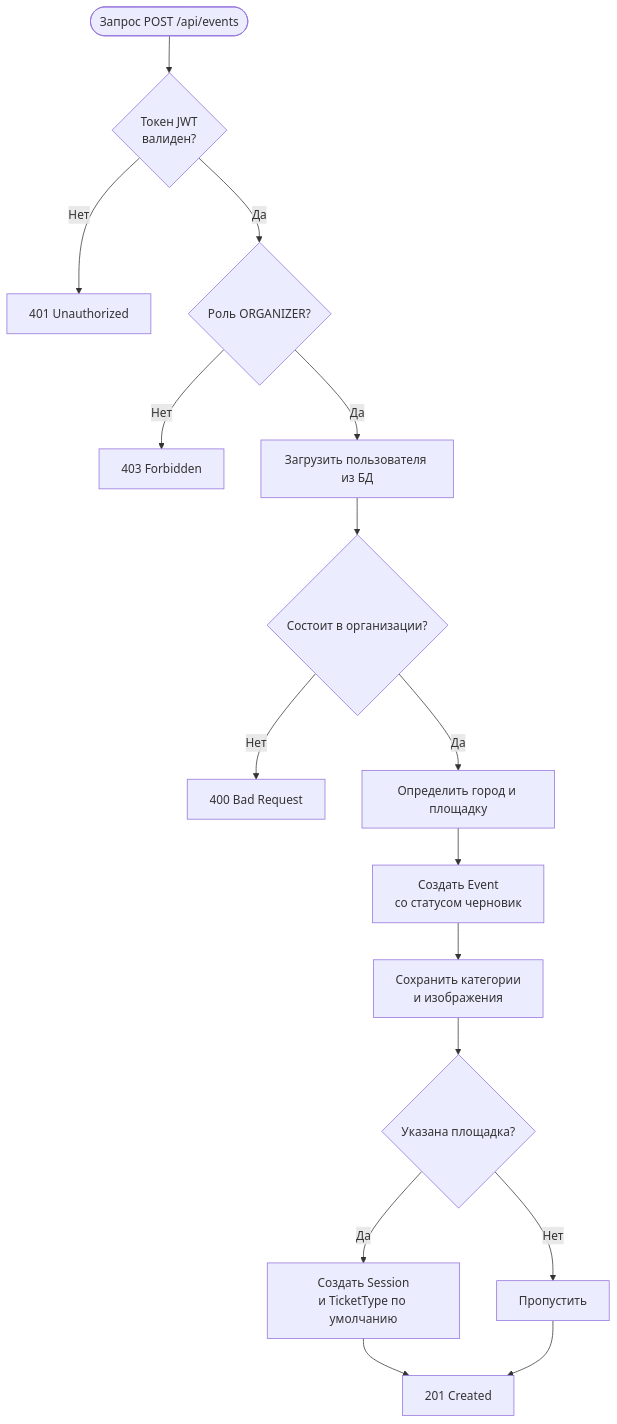
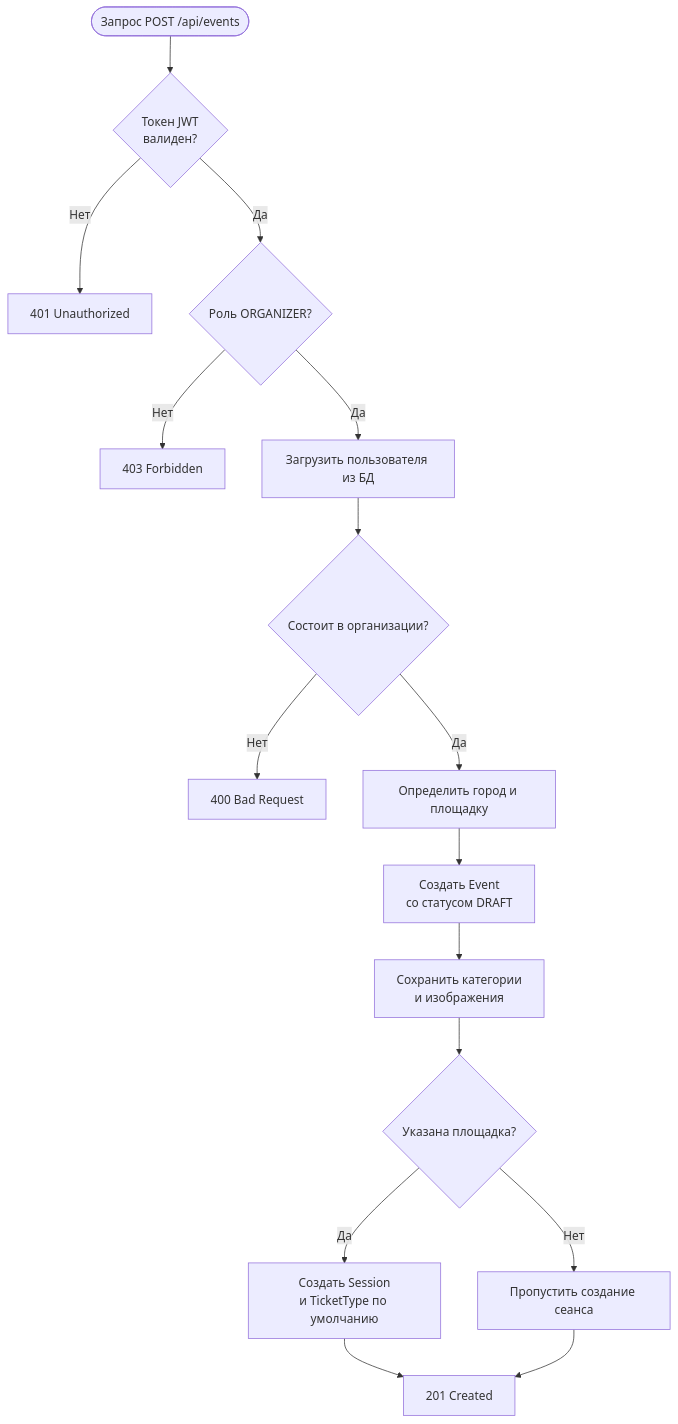
The fifth of 13 diagrams in diplom/diplom.md (akarui-shi/festival-app), drawn with Mermaid before and after one commit. The commit also changed other lines of this file, not shown here.

````diff
--- a/diplom/diplom.md
+++ b/diplom/diplom.md
@@ -1245,18 +1266,18 @@
 ```mermaid
 flowchart TD
     A([Запрос POST /api/events]) --> B{Токен JWT\nвалиден?}
     B -- Нет --> C[401 Unauthorized]
     B -- Да --> D{Роль ORGANIZER?}
     D -- Нет --> E[403 Forbidden]
     D -- Да --> F[Загрузить пользователя из БД]
     F --> G{Состоит в организации?}
     G -- Нет --> H[400 Bad Request]
     G -- Да --> I[Определить город и площадку]
-    I --> J[Создать Event\nсо статусом черновик]
+    I --> J[Создать Event\nсо статусом DRAFT]
     J --> K[Сохранить категории\nи изображения]
     K --> L{Указана площадка?}
     L -- Да --> M[Создать Session\nи TicketType по умолчанию]
-    L -- Нет --> N[Пропустить]
+    L -- Нет --> N[Пропустить создание сеанса]
     M --> O[201 Created]
     N --> O
 ```
````
